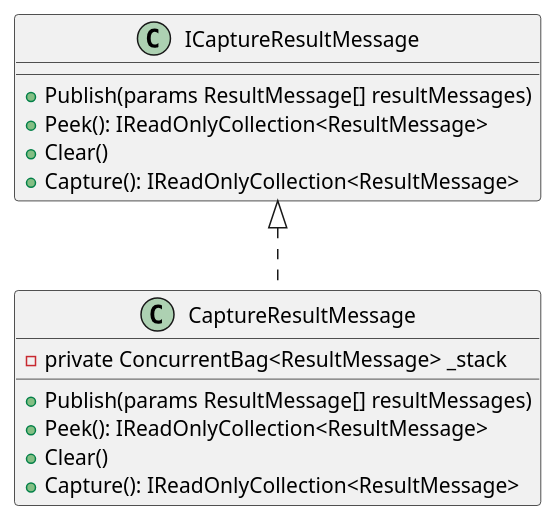
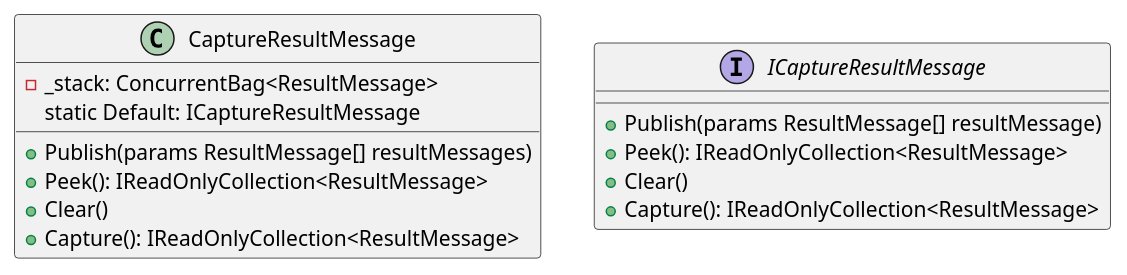
The first of 2 diagrams in docs/generated/Framework/Eliassen.System.Abstractions/ResponseModel/Documentation.md (mwwhited-forks/dotnet-libs), drawn with PlantUML before and after one commit. The commit also changed other lines of this file and 444 other files, not shown here.

````diff
--- a/docs/generated/Framework/Eliassen.System.Abstractions/ResponseModel/Documentation.md
+++ b/docs/generated/Framework/Eliassen.System.Abstractions/ResponseModel/Documentation.md
@@ -18,20 +24,20 @@
 ```plantuml
 @startuml
-class CaptureResultMessage implements ICaptureResultMessage {
-  - private ConcurrentBag<ResultMessage> _stack
-
+class CaptureResultMessage {
+  - _stack: ConcurrentBag<ResultMessage>
   + Publish(params ResultMessage[] resultMessages)
   + Peek(): IReadOnlyCollection<ResultMessage>
   + Clear()
   + Capture(): IReadOnlyCollection<ResultMessage>
+  static Default: ICaptureResultMessage
 }
 
-class ICaptureResultMessage {
-  + Publish(params ResultMessage[] resultMessages)
+interface ICaptureResultMessage {
+  + Publish(params ResultMessage[] resultMessage)
   + Peek(): IReadOnlyCollection<ResultMessage>
   + Clear()
   + Capture(): IReadOnlyCollection<ResultMessage>
 }
 
 @enduml
 ```
````
